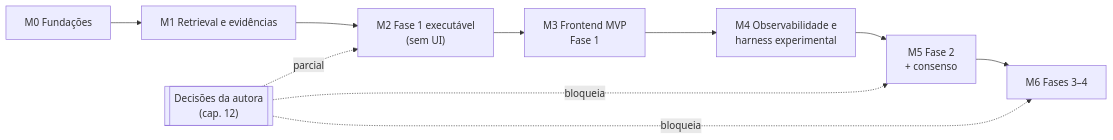
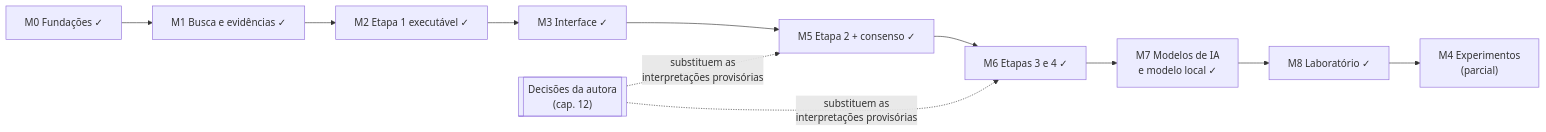
Before and after one commit to liviamancine/OpenUPExp-LangGraph: the diagram in docs/architecture/11-roadmap-testes-riscos.md, drawn with Mermaid. The commit also changed other lines of this file and 16 other files, not shown here.

````diff
--- a/docs/architecture/11-roadmap-testes-riscos.md
+++ b/docs/architecture/11-roadmap-testes-riscos.md
@@ -8,12 +9,12 @@
 ```mermaid
 flowchart LR
-  M0["M0 Fundações"] --> M1["M1 Retrieval e evidências"]
-  M1 --> M2["M2 Fase 1 executável<br/>(sem UI)"]
-  M2 --> M3["M3 Frontend MVP<br/>Fase 1"]
-  M3 --> M4["M4 Observabilidade e<br/>harness experimental"]
-  M4 --> M5["M5 Fase 2<br/>+ consenso"]
-  M5 --> M6["M6 Fases 3–4"]
-  T[["Decisões da autora<br/>(cap. 12)"]] -.bloqueia.-> M5
-  T -.bloqueia.-> M6
-  T -.parcial.-> M2
+  M0["M0 Fundações ✓"] --> M1["M1 Busca e evidências ✓"]
+  M1 --> M2["M2 Etapa 1 executável ✓"]
+  M2 --> M3["M3 Interface ✓"]
+  M3 --> M5["M5 Etapa 2 + consenso ✓"]
+  M5 --> M6["M6 Etapas 3 e 4 ✓"]
+  M6 --> M7["M7 Modelos de IA<br/>e modelo local ✓"]
+  M7 --> M8["M8 Laboratório ✓"]
+  M8 --> M4["M4 Experimentos<br/>(parcial)"]
+  T[["Decisões da autora<br/>(cap. 12)"]] -. substituem as<br/>interpretações provisórias .-> M5 & M6
 ```
````
